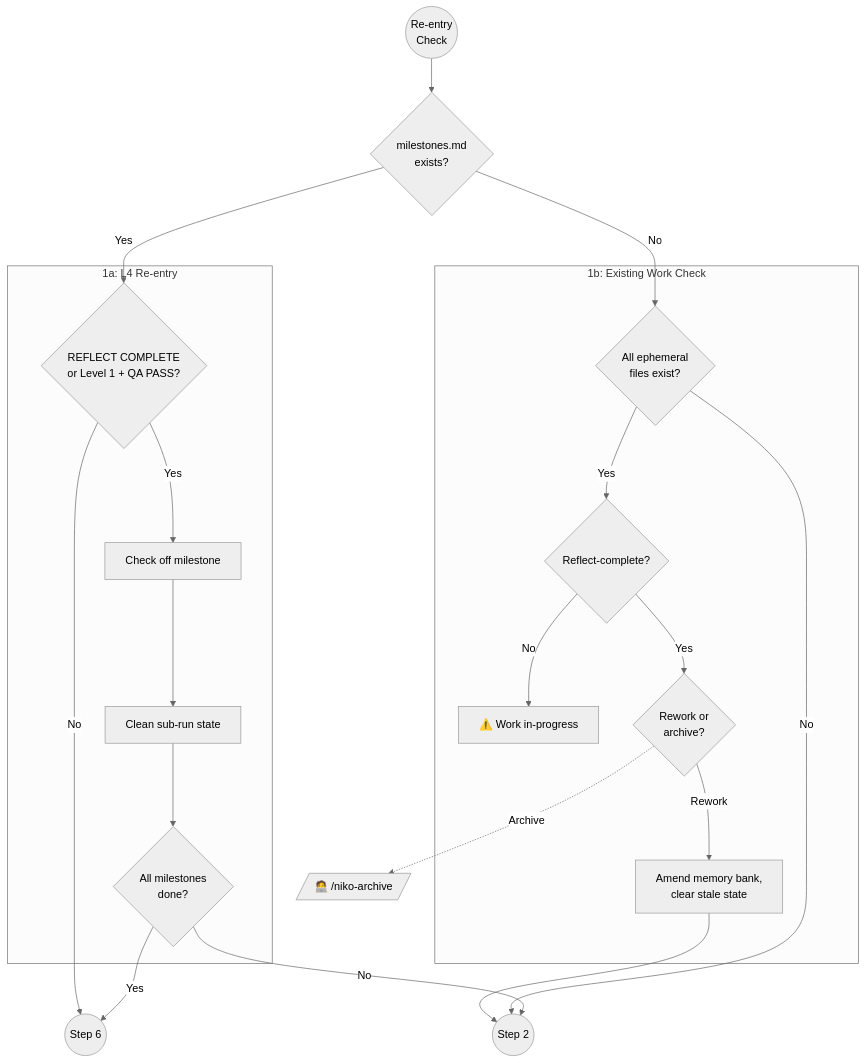
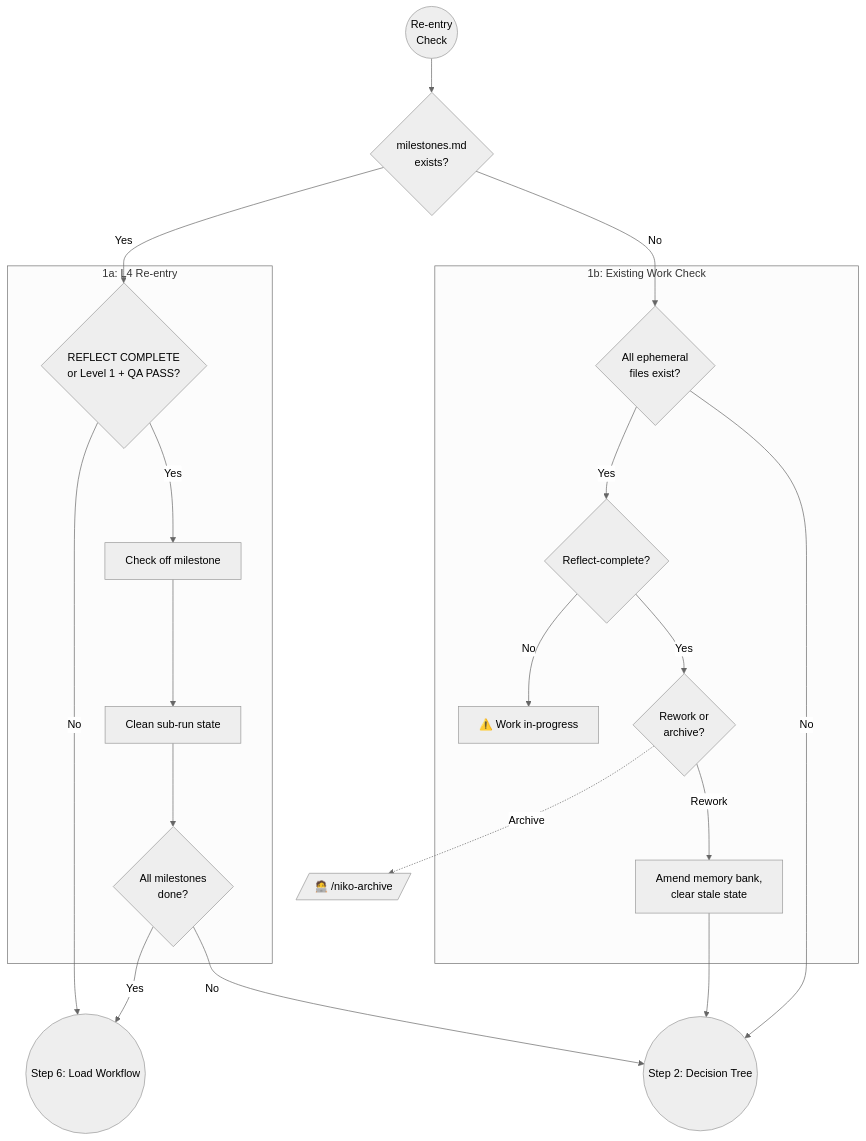
One commit to Texarkanine/.cursor-rules changed the first of 2 diagrams in rulesets/niko/niko/core/complexity-analysis.mdc. Above: the diagram before and after it, drawn with Mermaid (neutral theme). The commit also changed other lines of this file, not shown here.

First line of the commit message:
fix: tighten complexity-analysis prose to match diagram structure

````diff
--- a/rulesets/niko/niko/core/complexity-analysis.mdc
+++ b/rulesets/niko/niko/core/complexity-analysis.mdc
@@ -13,36 +13,37 @@
 ```mermaid
 graph TD
-    Start(("Re-entry<br>Check")) --> M{"milestones.md<br>exists?"}
+    Start(("Re-entry<br>Check")) --> Milestones{"milestones.md<br>exists?"}
 
     subgraph L4["1a: L4 Re-entry"]
         RC2{"REFLECT COMPLETE<br>or Level 1 + QA PASS?"}
         CheckOff["Check off milestone"]
         Cleanup["Clean sub-run state"]
         AllDone{"All milestones<br>done?"}
     end
 
-    M -->|"Yes"| RC2
+    RC2 -->|"No"| Step6
+    Milestones -->|"Yes"| RC2
     RC2 -->|"Yes"| CheckOff
     CheckOff --> Cleanup
     Cleanup --> AllDone
-    AllDone -->|"No"| Step2
-    AllDone -->|"Yes"| Step6(("Step 6"))
-    RC2 -->|"No"| Step6
+    AllDone -->|"Yes"| Step6(("Step 6: Load Workflow"))
+    AllDone -->|"No"| Step2(("Step 2: Decision Tree"))
+    
 
     subgraph Existing["1b: Existing Work Check"]
-        E{"All ephemeral<br>files exist?"}
+        EphemeralFiles{"All ephemeral<br>files exist?"}
         RC{"Reflect-complete?"}
         Warn["⚠️ Work in-progress"]
         Ask{"Rework or<br>archive?"}
         Rework["Amend memory bank,<br>clear stale state"]
     end
 
-    M -->|"No"| E
-    E -->|"No"| Step2(("Step 2"))
-    E -->|"Yes"| RC
+    Rework --> Step2
+    Milestones -->|"No"| EphemeralFiles
+    EphemeralFiles -->|"No"| Step2
+    EphemeralFiles -->|"Yes"| RC
     RC -->|"No"| Warn
     RC -->|"Yes"| Ask
     Ask -.->|"Archive"| Archive[/"🧑‍💻 /niko-archive"/]
     Ask -->|"Rework"| Rework
-    Rework --> Step2
 ```
````
